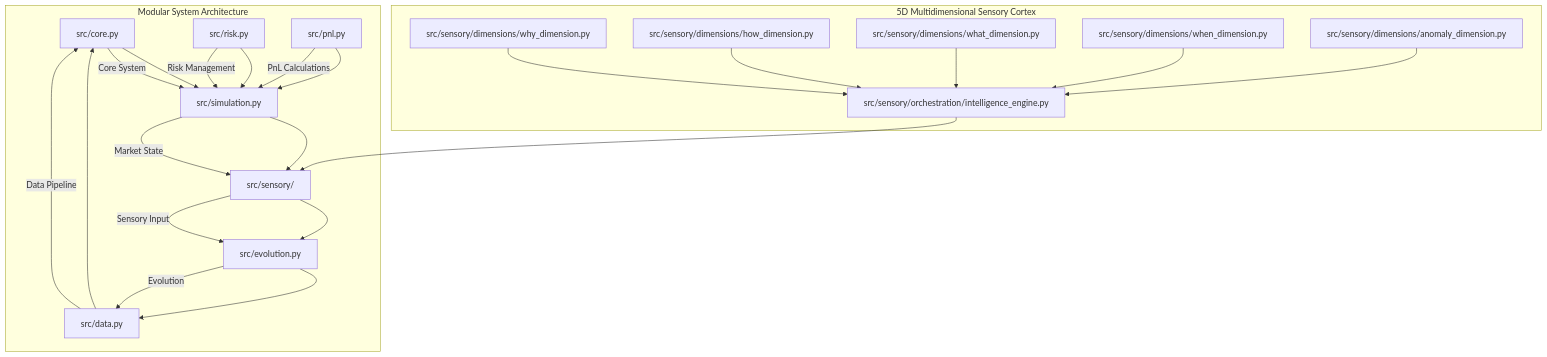
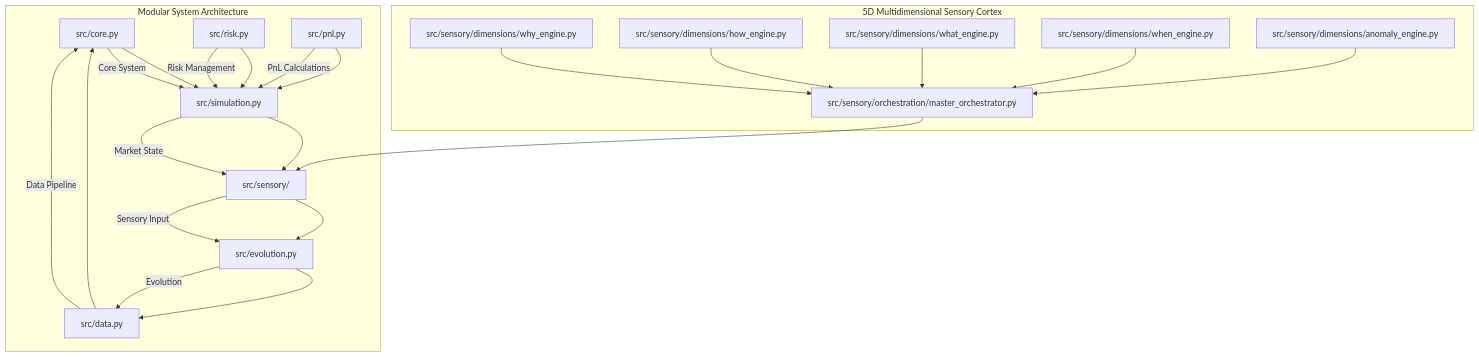
The diagram in README.md (HWeber-tech/emp_proving_ground_v1), drawn with Mermaid before and after one commit. The commit also changed other lines of this file, not shown here.

````diff
--- a/README.md
+++ b/README.md
@@ -34,29 +47,29 @@
 ```mermaid
 graph TD
     subgraph "Modular System Architecture"
         A[src/core.py] --> B[src/simulation.py];
         C[src/risk.py] --> B;
         D[src/pnl.py] --> B;
         B --> E[src/sensory/];
         E --> F[src/evolution.py];
         F --> G[src/data.py];
         G --> A;
     end
 
     subgraph "5D Multidimensional Sensory Cortex"
-        E1[src/sensory/dimensions/why_dimension.py] --> E0[src/sensory/orchestration/intelligence_engine.py];
-        E2[src/sensory/dimensions/how_dimension.py] --> E0;
-        E3[src/sensory/dimensions/what_dimension.py] --> E0;
-        E4[src/sensory/dimensions/when_dimension.py] --> E0;
-        E5[src/sensory/dimensions/anomaly_dimension.py] --> E0;
+        E1[src/sensory/dimensions/why_engine.py] --> E0[src/sensory/orchestration/master_orchestrator.py];
+        E2[src/sensory/dimensions/how_engine.py] --> E0;
+        E3[src/sensory/dimensions/what_engine.py] --> E0;
+        E4[src/sensory/dimensions/when_engine.py] --> E0;
+        E5[src/sensory/dimensions/anomaly_engine.py] --> E0;
         E0 --> E;
     end
 
     A -- Core System --> B;
     C -- Risk Management --> B;
     D -- PnL Calculations --> B;
     B -- Market State --> E;
     E -- Sensory Input --> F;
     F -- Evolution --> G;
     G -- Data Pipeline --> A;
 ```
````
